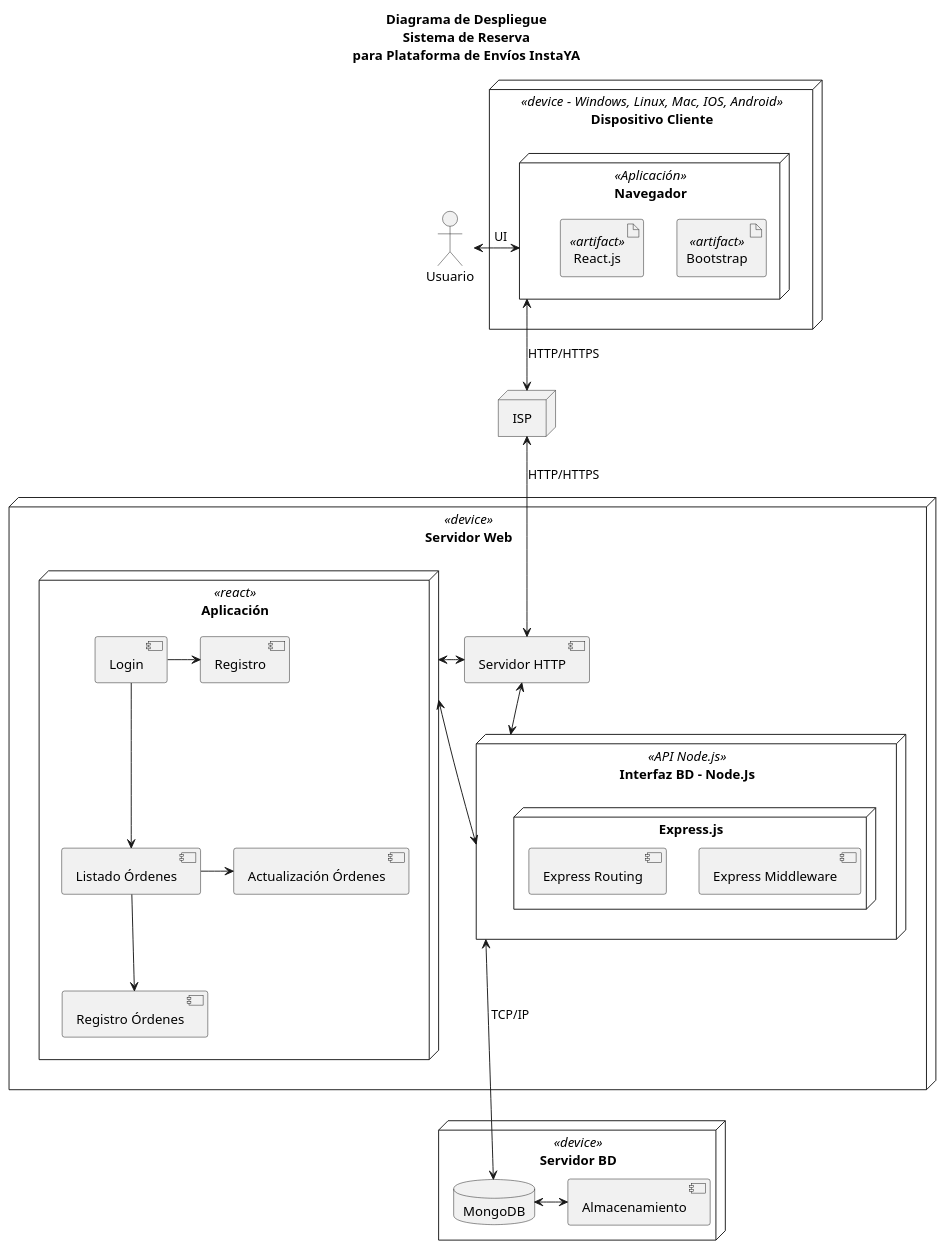
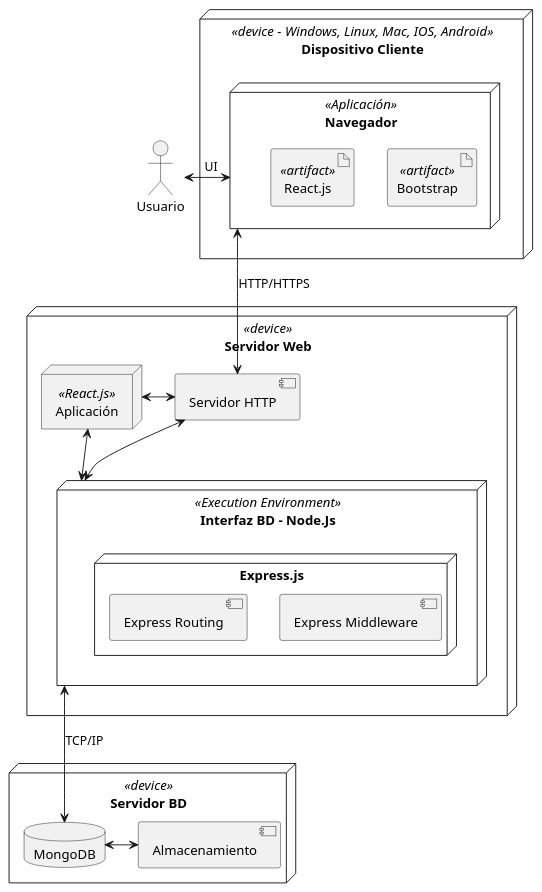
Before and after one commit to proyectoCiclo4MinTic/instaYa: the diagram in assets-documento/puml/diagrama-despliegue01.puml, drawn with PlantUML. The commit also changed 5 other files, not shown here.

Commit message:
commit correcciones README.md & .pdf, cronograma y diagrama de despliegue a 'angel'

```diff
--- a/assets-documento/puml/diagrama-despliegue01.puml
+++ b/assets-documento/puml/diagrama-despliegue01.puml
@@ -1,74 +1,74 @@
 @startuml
 
 ' !include https://raw.githubusercontent.com/ptrkcsk/one-dark-plantuml-theme/v1.0.0/theme.puml
 
-title Diagrama de Despliegue\nSistema de Reserva\npara Plataforma de Envíos InstaYA
+' title Diagrama de Despliegue\nSistema de Reserva\npara Plataforma de Envíos InstaYA
 actor "Usuario"
 ' node node [
 ' <b>Sistema de Login
 ' ----
 ' Inicializa el panel de usuario
 ' Registra Usuario
 
 ' ]
 
 node "Dispositivo Cliente" <<device - Windows, Linux, Mac, IOS, Android>> {
 
     node Navegador <<Aplicación>> {
         artifact Bootstrap <<artifact>>
         artifact React.js <<artifact>>
     }
 
 }
 
 node "Servidor Web" <<device>> {
-    node "Aplicación" <<react>> {
-        [Login]
-        [Registro]
-        [Listado Órdenes]
-        [Registro Órdenes]
-        [Actualización Órdenes]
+    node "Aplicación" <<React.js>> {
+        ' [Login]
+        ' [Registro]
+        ' [Listado Órdenes]
+        ' [Registro Órdenes]
+        ' [Actualización Órdenes]
 
     }
     component "Servidor HTTP"
-    node "Interfaz BD - Node.Js" <<API Node.js>> as IBD {
+    node "Interfaz BD - Node.Js" <<Execution Environment>> as IBD {
         node "Express.js" {
             [Express Middleware]
             [Express Routing]
 
         }
 
     }
 }
 
 node "Servidor BD" <<device>> {
 
     database "MongoDB"
     component "Almacenamiento"
 }
 
 ' node ISP <<Access Point>> {
 '     rectangle "???"
 ' }
-node "ISP"
+' node "ISP"
 
 
 [Usuario] <-> Navegador : UI
-Navegador <--> ISP : HTTP/HTTPS
-ISP <--> [Servidor HTTP] : HTTP/HTTPS
-
+' Navegador <--> ISP : HTTP/HTTPS
+' ISP <--> [Servidor HTTP] : HTTP/HTTPS
+Navegador <--> [Servidor HTTP] : HTTP/HTTPS
 Aplicación <-> [Servidor HTTP]
 Aplicación <-> IBD
 [Servidor HTTP] <--> IBD
 
 
 ' [Navegador] <--> [Servidor HTTP] : <<HTTP/HTTPS>>\nISP
-IBD <---> [MongoDB] : TCP/IP
+IBD <--> [MongoDB] : TCP/IP
 [MongoDB] <-> [Almacenamiento]
 
-[Login] -> [Registro]
-[Login] --> [Listado Órdenes]
-[Listado Órdenes] -> [Actualización Órdenes]
-[Listado Órdenes] --> [Registro Órdenes]
+' [Login] -> [Registro]
+' [Login] --> [Listado Órdenes]
+' [Listado Órdenes] -> [Actualización Órdenes]
+' [Listado Órdenes] --> [Registro Órdenes]
 
 @enduml
```
